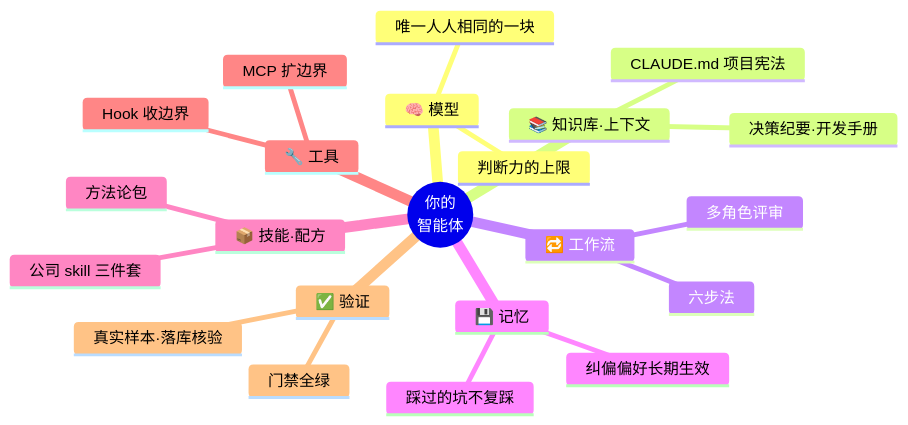
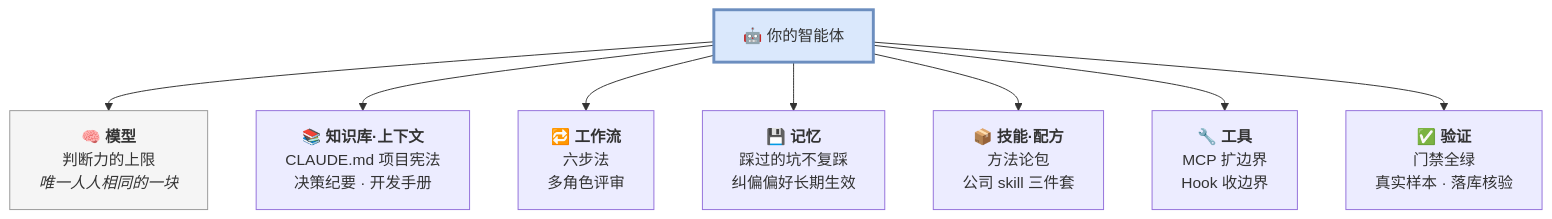
One commit to Woaini654321/efficiency-improvement changed the ninth of 32 diagrams in 全员认知培训/AI辅助编程·全员认知培训（30-40分钟）.md. Above: the diagram before and after it, drawn with Mermaid. The commit also changed other lines of this file and 1 other file, not shown here.

````diff
--- a/全员认知培训/AI辅助编程·全员认知培训（30-40分钟）.md
+++ b/全员认知培训/AI辅助编程·全员认知培训（30-40分钟）.md
@@ -149,25 +181,13 @@
 ```mermaid
-mindmap
-  root((你的<br/>智能体))
-    🧠 模型
-      判断力的上限
-      唯一人人相同的一块
-    📚 知识库·上下文
-      CLAUDE.md 项目宪法
-      决策纪要·开发手册
-    🔁 工作流
-      六步法
-      多角色评审
-    💾 记忆
-      踩过的坑不复踩
-      纠偏偏好长期生效
-    📦 技能·配方
-      方法论包
-      公司 skill 三件套
-    🔧 工具
-      MCP 扩边界
-      Hook 收边界
-    ✅ 验证
-      门禁全绿
-      真实样本·落库核验
+flowchart TD
+    ROOT["🤖 你的智能体"]
+    ROOT --> B1["🧠 <b>模型</b><br/>判断力的上限<br/><i>唯一人人相同的一块</i>"]
+    ROOT --> B2["📚 <b>知识库·上下文</b><br/>CLAUDE.md 项目宪法<br/>决策纪要 · 开发手册"]
+    ROOT --> B3["🔁 <b>工作流</b><br/>六步法<br/>多角色评审"]
+    ROOT --> B4["💾 <b>记忆</b><br/>踩过的坑不复踩<br/>纠偏偏好长期生效"]
+    ROOT --> B5["📦 <b>技能·配方</b><br/>方法论包<br/>公司 skill 三件套"]
+    ROOT --> B6["🔧 <b>工具</b><br/>MCP 扩边界<br/>Hook 收边界"]
+    ROOT --> B7["✅ <b>验证</b><br/>门禁全绿<br/>真实样本 · 落库核验"]
+    style ROOT fill:#dae8fc,stroke:#6c8ebf,stroke-width:3px
+    style B1 fill:#f5f5f5,stroke:#999
 ```
````
